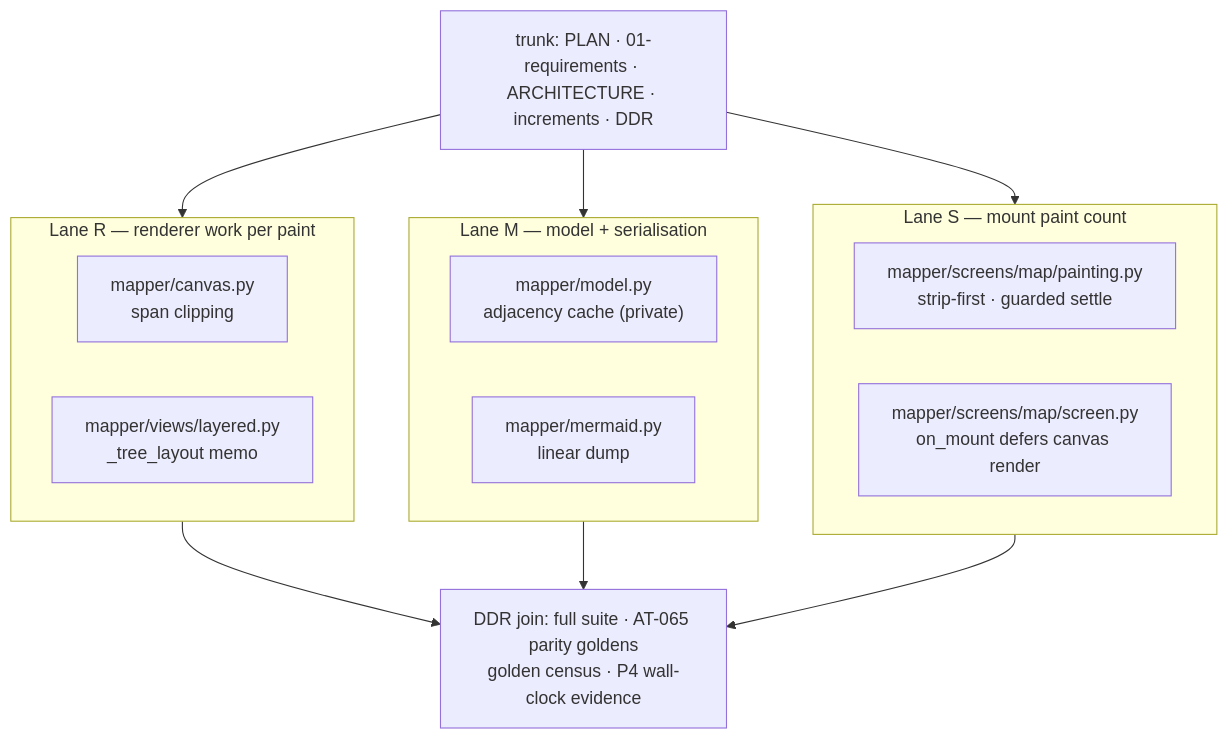
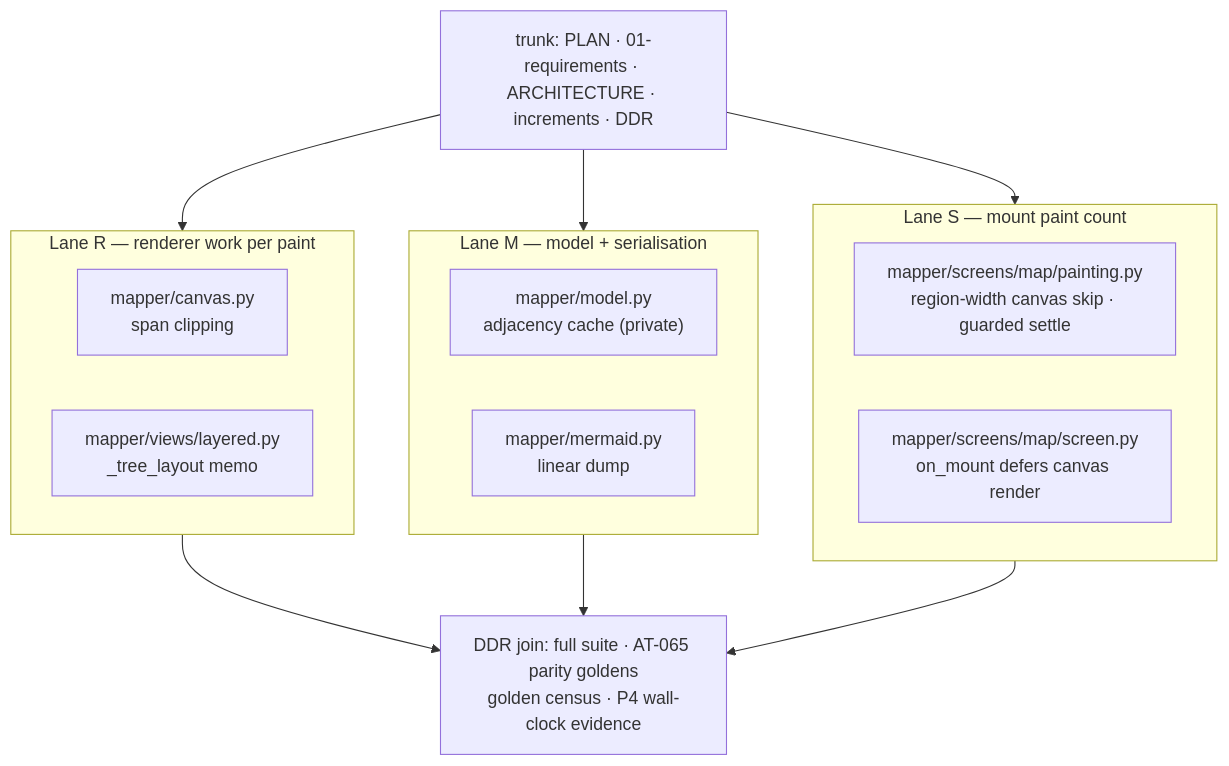
One commit to jav201/mapper changed the first of 2 diagrams in .dev-flow/2026-10-10-perf-batch/design/design-proposal.md. Above: the diagram before and after it, drawn with Mermaid. The commit also changed other lines of this file and 4 other files, not shown here.

Commit message:
docs(dev-flow): perf P1 iteration 1 — rulings R1-R9 applied, round 1 recorded, LED .2; Lane S gated on spike PERFS (Kimi)

````diff
--- a/.dev-flow/2026-10-10-perf-batch/design/design-proposal.md
+++ b/.dev-flow/2026-10-10-perf-batch/design/design-proposal.md
@@ -96,21 +107,21 @@
 ```mermaid
 flowchart TD
     trunk["trunk: PLAN · 01-requirements · ARCHITECTURE · increments · DDR"]
     subgraph laneR ["Lane R — renderer work per paint"]
         r1["mapper/canvas.py<br/>span clipping"]
         r2["mapper/views/layered.py<br/>_tree_layout memo"]
     end
     subgraph laneM ["Lane M — model + serialisation"]
         m1["mapper/model.py<br/>adjacency cache (private)"]
         m2["mapper/mermaid.py<br/>linear dump"]
     end
     subgraph laneS ["Lane S — mount paint count"]
-        s1["mapper/screens/map/painting.py<br/>strip-first · guarded settle"]
+        s1["mapper/screens/map/painting.py<br/>region-width canvas skip · guarded settle"]
         s2["mapper/screens/map/screen.py<br/>on_mount defers canvas render"]
     end
     ddr["DDR join: full suite · AT-065 parity goldens<br/>golden census · P4 wall-clock evidence"]
     trunk --> laneR & laneM & laneS
     laneR --> ddr
     laneM --> ddr
     laneS --> ddr
 ```
````
